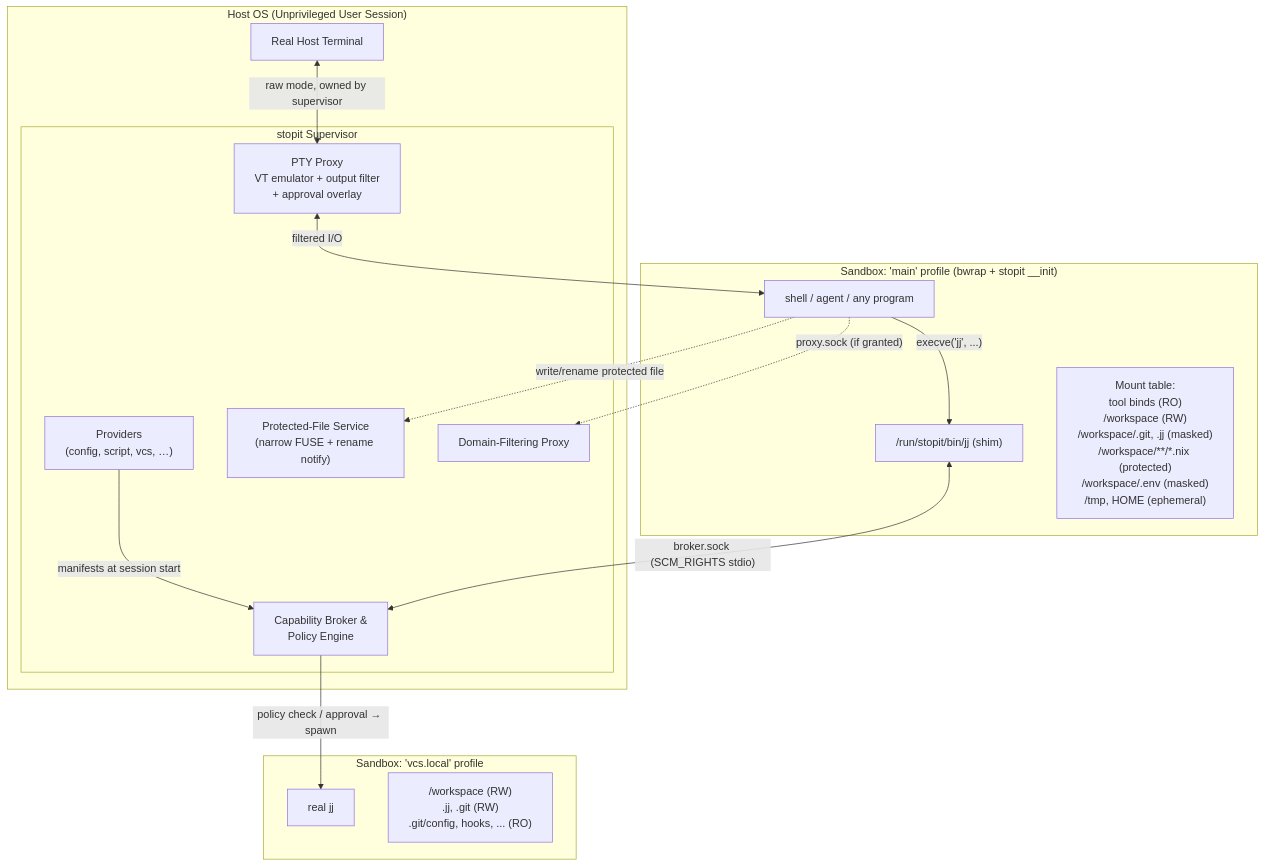
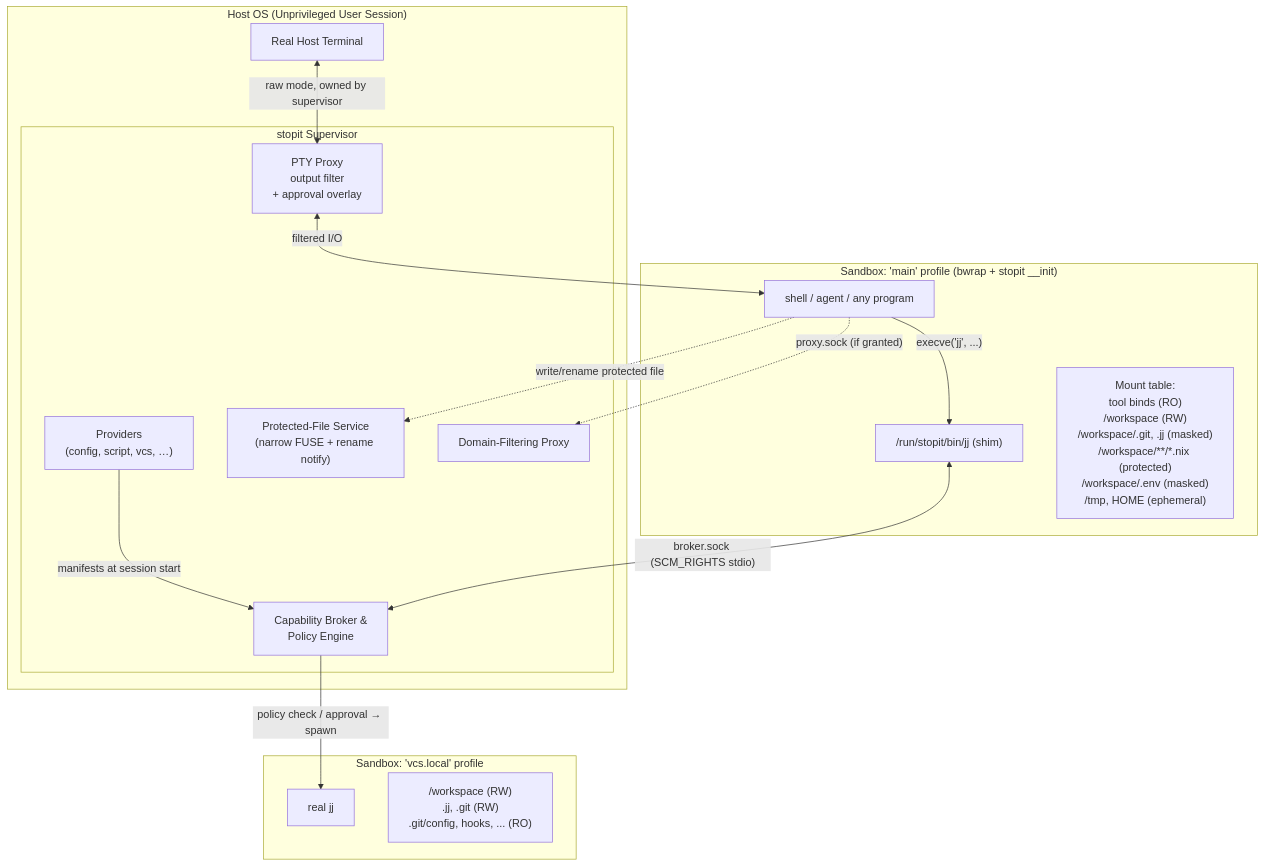
Before and after one commit to adsnaider/stopit: the first of 2 diagrams in DESIGN.md, drawn with Mermaid. The commit also changed other lines of this file and 8 other files, not shown here.

````diff
--- a/DESIGN.md
+++ b/DESIGN.md
@@ -105,33 +105,33 @@
 ```mermaid
 flowchart TB
     subgraph Host["Host OS (Unprivileged User Session)"]
         TTY["Real Host Terminal"]
         subgraph Sup["stopit Supervisor"]
-            PTY["PTY Proxy<br/>VT emulator + output filter<br/>+ approval overlay"]
+            PTY["PTY Proxy<br/>output filter<br/>+ approval overlay"]
             Prov["Providers<br/>(config, script, vcs, …)"]
             Broker["Capability Broker &<br/>Policy Engine"]
             Prot["Protected-File Service<br/>(narrow FUSE + rename notify)"]
             Net["Domain-Filtering Proxy"]
         end
         TTY <-->|"raw mode, owned by supervisor"| PTY
     end
 
     subgraph Main["Sandbox: 'main' profile (bwrap + stopit __init)"]
         Shell["shell / agent / any program"]
         Shim["/run/stopit/bin/jj (shim)"]
         VFS["Mount table:<br/>tool binds (RO)<br/>/workspace (RW)<br/>/workspace/.git, .jj (masked)<br/>/workspace/**/*.nix (protected)<br/>/workspace/.env (masked)<br/>/tmp, HOME (ephemeral)"]
         Shell -->|"execve('jj', ...)"| Shim
     end
 
     subgraph Tool["Sandbox: 'vcs.local' profile"]
         RealJJ["real jj"]
         VFS2["/workspace (RW)<br/>.jj, .git (RW)<br/>.git/config, hooks, ... (RO)"]
     end
 
     Prov -->|"manifests at session start"| Broker
     PTY <-->|"filtered I/O"| Shell
     Shim <-->|"broker.sock (SCM_RIGHTS stdio)"| Broker
     Broker -->|"policy check / approval → spawn"| RealJJ
     Shell -.->|"write/rename protected file"| Prot
     Shell -.->|"proxy.sock (if granted)"| Net
 ```
````
